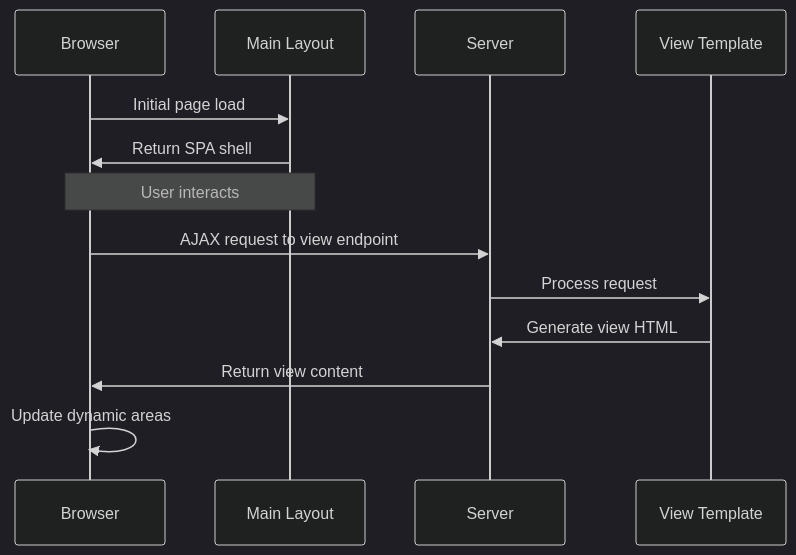
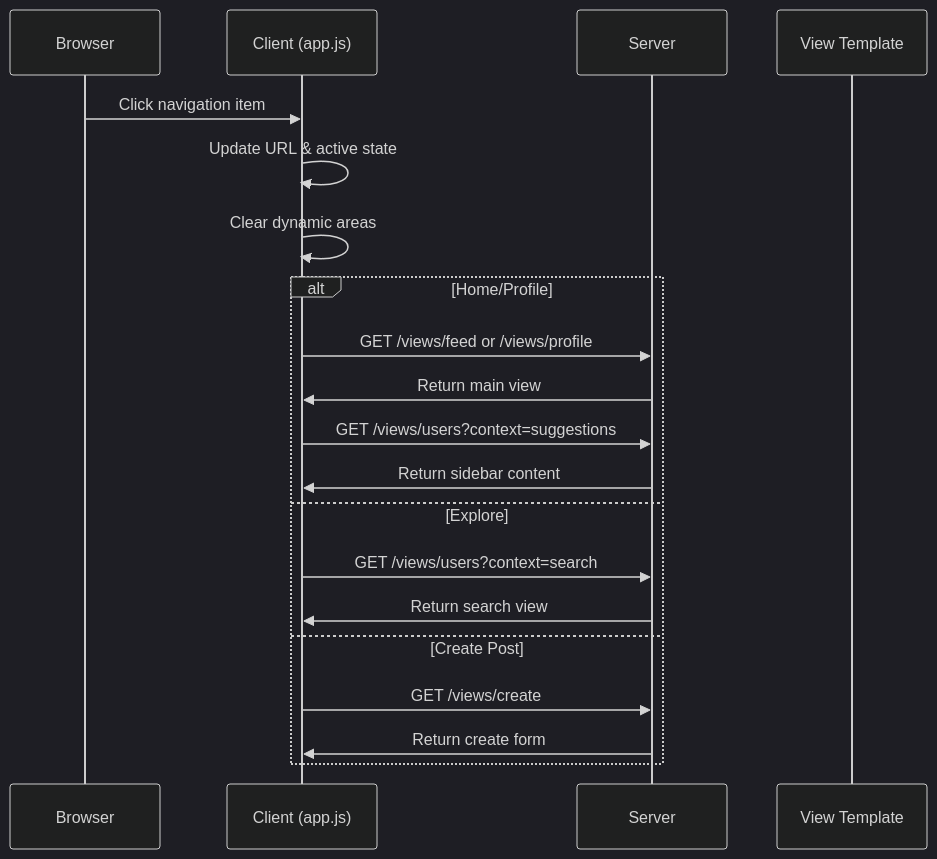
The second of 2 diagrams in docs/views.md (uripont/cheeper), drawn with Mermaid (dark theme) before and after one commit. The commit also changed other lines of this file and 8 other files, not shown here.

````diff
--- a/docs/views.md
+++ b/docs/views.md
@@ -47,18 +79,24 @@
 ```mermaid
 sequenceDiagram
     participant B as Browser
-    participant M as Main Layout
+    participant C as Client (app.js)
     participant S as Server
     participant V as View Template
     
-    B->>M: Initial page load
-    M->>B: Return SPA shell
+    B->>C: Click navigation item
+    C->>C: Update URL & active state
+    C->>C: Clear dynamic areas
     
-    Note over B,M: User interacts
-    
-    B->>S: AJAX request to view endpoint
-    S->>V: Process request
-    V->>S: Generate view HTML
-    S->>B: Return view content
-    B->>B: Update dynamic areas
+    alt Home/Profile
+        C->>S: GET /views/feed or /views/profile
+        S->>C: Return main view
+        C->>S: GET /views/users?context=suggestions
+        S->>C: Return sidebar content
+    else Explore
+        C->>S: GET /views/users?context=search
+        S->>C: Return search view
+    else Create Post
+        C->>S: GET /views/create
+        S->>C: Return create form
+    end
 ```
````
